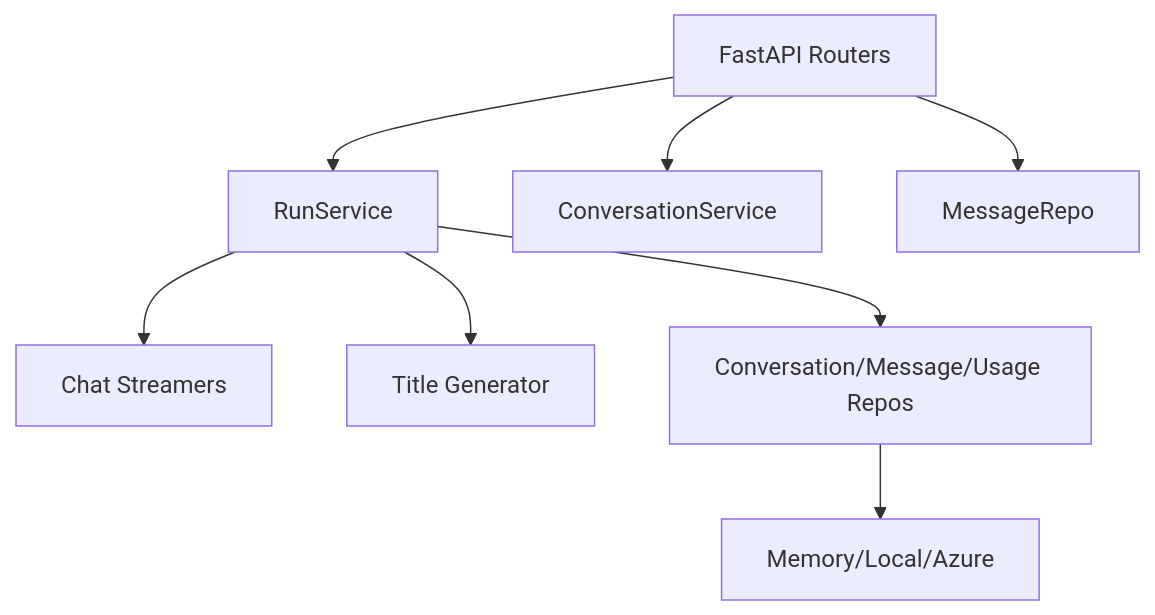
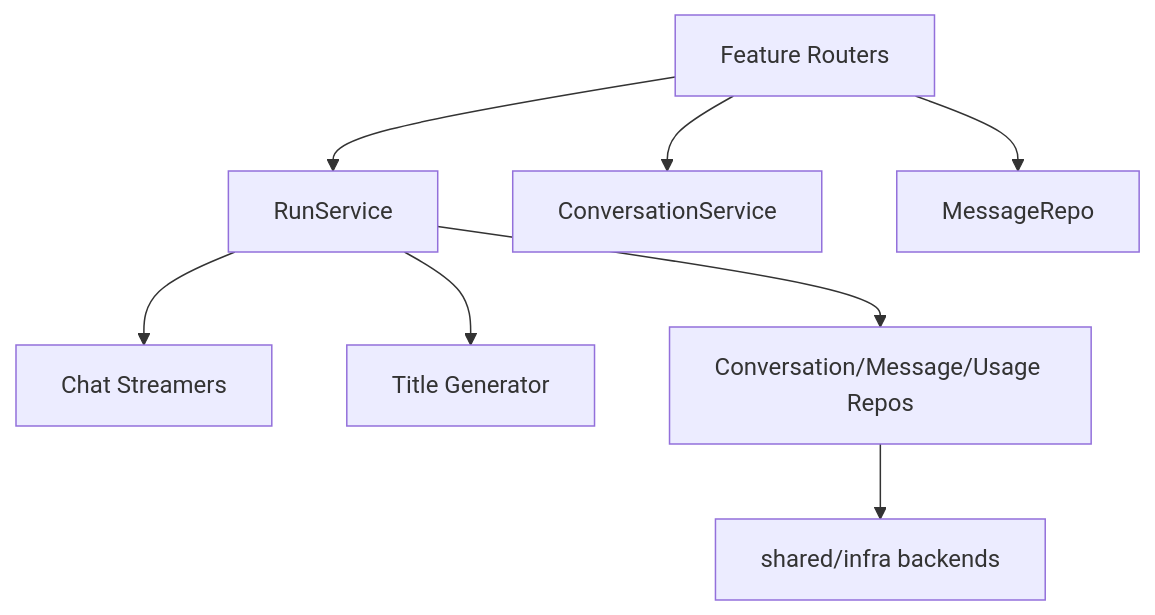
The first of 4 diagrams in docs/architecture-back.md (tsutsu3/ai-sdk-vite-fastapi-sample), drawn with Mermaid before and after one commit. The commit also changed other lines of this file and 299 other files, not shown here.

````diff
--- a/docs/architecture-back.md
+++ b/docs/architecture-back.md
@@ -23,10 +30,10 @@
 ```mermaid
 flowchart TD
-  Router[FastAPI Routers] --> RunService
+  Router[Feature Routers] --> RunService
   Router --> ConversationService
   Router --> MessageRepo
   RunService --> Streamer[Chat Streamers]
   RunService --> TitleGen[Title Generator]
   RunService --> Repos[Conversation/Message/Usage Repos]
-  Repos --> Storage[Memory/Local/Azure]
+  Repos --> Storage[shared/infra backends]
 ```
````
